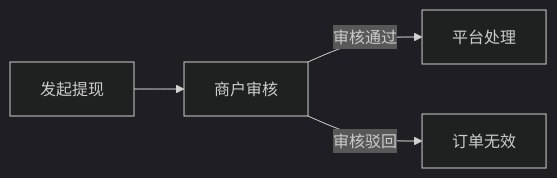
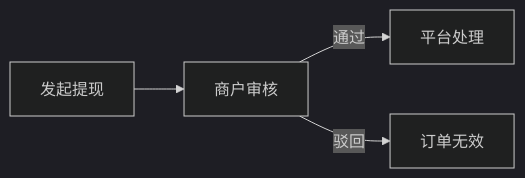
The sixth of 7 diagrams in user-guide/overview/functional-mechanism.mdx (pbhaoo/docs), drawn with Mermaid (dark theme) before and after one commit. The commit also changed 4 other files, not shown here.

````diff
--- a/user-guide/overview/functional-mechanism.mdx
+++ b/user-guide/overview/functional-mechanism.mdx
@@ -62,6 +62,6 @@
 ```mermaid
 flowchart LR
 
-        发起提现 --> 商户审核--审核通过 --> 平台处理
-        商户审核--审核驳回 --> 订单无效
+        发起提现 --> 商户审核--通过 --> 平台处理
+        商户审核--驳回 --> 订单无效
 ```
````
